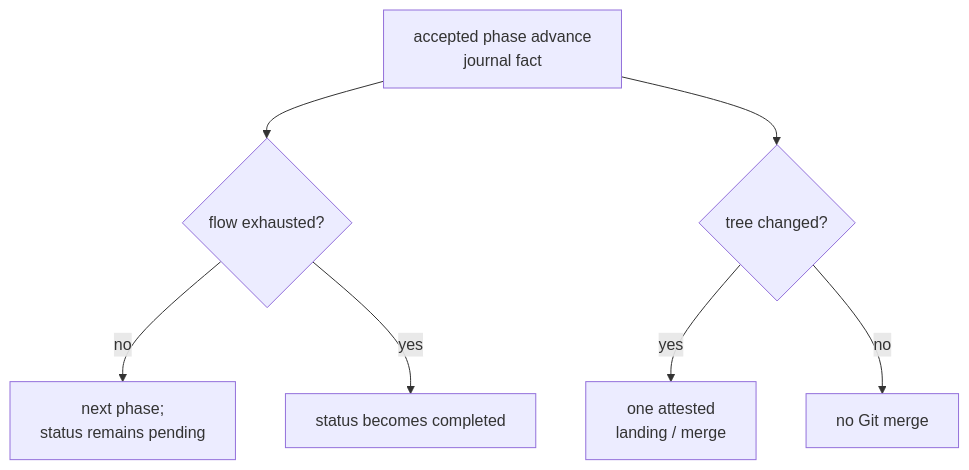
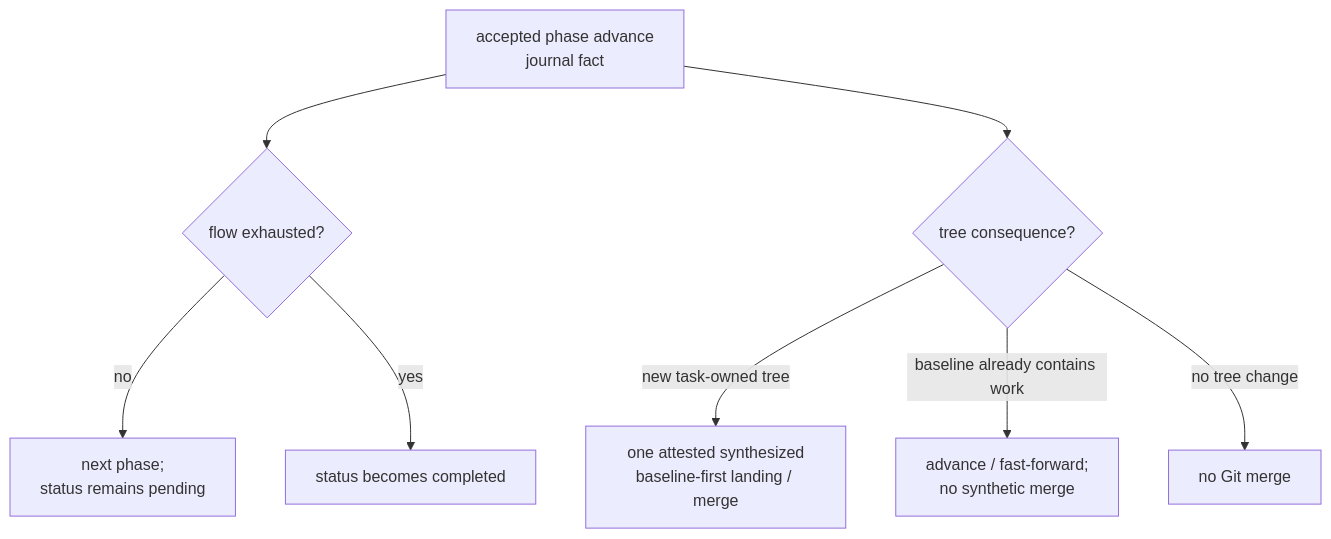
The sixth of 17 diagrams in docs/product/loops.md (infimalabs/spice-rust), drawn with Mermaid before and after one commit. The commit also changed other lines of this file and 120 other files, not shown here.

````diff
--- a/docs/product/loops.md
+++ b/docs/product/loops.md
@@ -105,9 +106,10 @@
 ```mermaid
 flowchart TD
   A["accepted phase advance<br/>journal fact"] --> X{"flow exhausted?"}
   X -- no --> P["next phase;<br/>status remains pending"]
   X -- yes --> C["status becomes completed"]
-  A --> T{"tree changed?"}
-  T -- yes --> L["one attested<br/>landing / merge"]
-  T -- no --> J["no Git merge"]
+  A --> T{"tree consequence?"}
+  T -- "new task-owned tree" --> L["one attested synthesized<br/>baseline-first landing / merge"]
+  T -- "baseline already contains work" --> F["advance / fast-forward;<br/>no synthetic merge"]
+  T -- "no tree change" --> J["no Git merge"]
 ```
````
